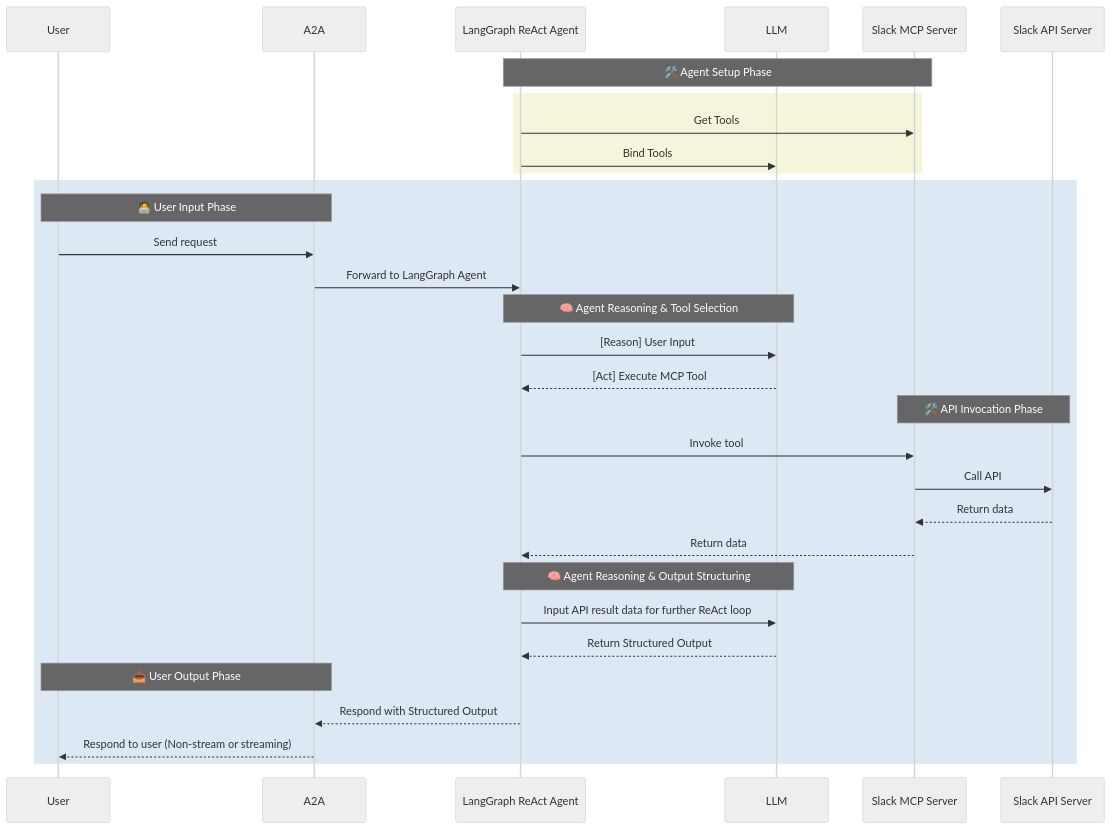
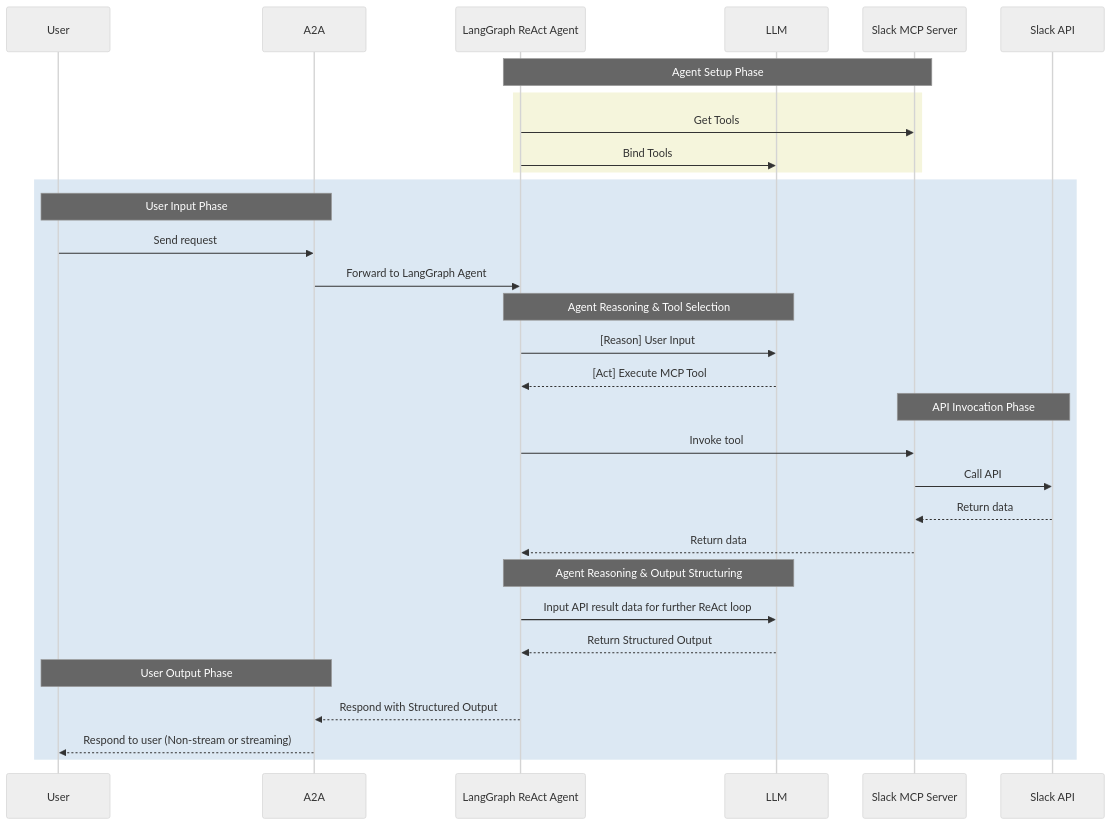
The second of 2 diagrams in docs/docs/agents/slack.md (cnoe-io/ai-platform-engineering), drawn with Mermaid (neutral theme) before and after one commit. The commit also changed other lines of this file and 34 other files, not shown here.

First line of the commit message:
feat(slack): replace custom MCP with korotovsky/slack-mcp-server v1.2.3 (#1036)

````diff
--- a/docs/docs/agents/slack.md
+++ b/docs/docs/agents/slack.md
@@ -38,39 +38,39 @@
 ```mermaid
 sequenceDiagram
   participant User
   participant A2A
   participant Agent as LangGraph ReAct Agent
   participant LLM
   participant MCP as Slack MCP Server
-  participant APIServer as Slack API Server
+  participant APIServer as Slack API
 
-  note over Agent,MCP: 🛠️ Agent Setup Phase
+  note over Agent,MCP: Agent Setup Phase
   rect rgb(245, 245, 220)
     Agent->>MCP: Get Tools
     Agent->>LLM: Bind Tools
   end
 
   rect rgb(220, 232, 243)
-    note over User,A2A: 🧑‍💻 User Input Phase
+    note over User,A2A: User Input Phase
     User->>A2A: Send request
     A2A->>Agent: Forward to LangGraph Agent
 
-    note over Agent,LLM: 🧠 Agent Reasoning & Tool Selection
+    note over Agent,LLM: Agent Reasoning & Tool Selection
     Agent->>LLM: [Reason] User Input
     LLM-->>Agent: [Act] Execute MCP Tool
 
-    note over MCP,APIServer: 🛠️ API Invocation Phase
+    note over MCP,APIServer: API Invocation Phase
     Agent->>MCP: Invoke tool
     MCP->>APIServer: Call API
     APIServer-->>MCP: Return data
     MCP-->>Agent: Return data
 
-    note over Agent,LLM: 🧠 Agent Reasoning & Output Structuring
+    note over Agent,LLM: Agent Reasoning & Output Structuring
     Agent->>LLM: Input API result data for further ReAct loop
     LLM-->>Agent: Return Structured Output
 
-    note over User,A2A: 📤 User Output Phase
+    note over User,A2A: User Output Phase
     Agent-->>A2A: Respond with Structured Output
     A2A-->>User: Respond to user (Non-stream or streaming)
   end
 ```
````
